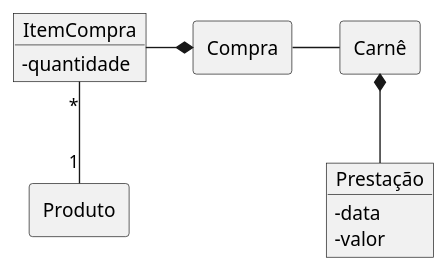
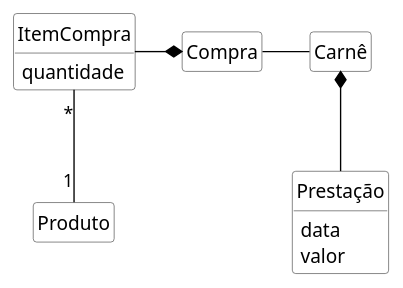
One commit to kyriosdata/oo changed the diagram in imagens/modelos-03/mod03ima06/mod03ima06.plantuml. Above: the diagram before and after it, drawn with PlantUML. The commit also changed 26 other files, not shown here.

```diff
--- a/imagens/modelos-03/mod03ima06/mod03ima06.plantuml
+++ b/imagens/modelos-03/mod03ima06/mod03ima06.plantuml
@@ -1,16 +1,25 @@
 @startuml mod03ima06
+hide circle
+hide methods
+hide empty members
+
+skinparam class {
+    BackgroundColor White
+    ArrowColor Black
+    BorderColor #505050
+}
 allow_mixing
 skinparam ClassAttributeIconSize 0
-object "Prestação" as pr 
-pr : - data
-pr : - valor 
-rectangle "Carnê" as ca 
-rectangle "Compra" as co 
-object "ItemCompra" as it 
-it : - quantidade 
-rectangle "Produto" as po
+class "Prestação" as pr 
+pr :  data
+pr :  valor 
+class "Carnê" as ca 
+class "Compra" as co 
+class "ItemCompra" as it 
+it :  quantidade 
+class "Produto" as po
 pr -up-* ca 
 ca -left- co
 co *-left- it
 it "*"--"1" po
 @enduml
```
